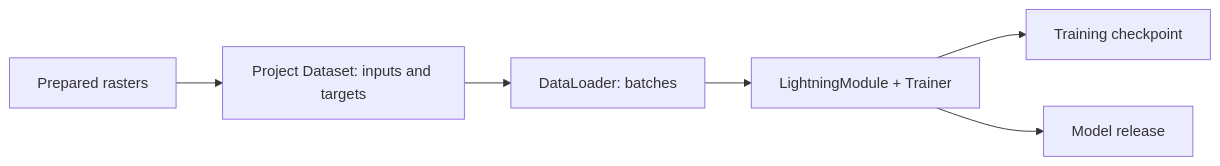
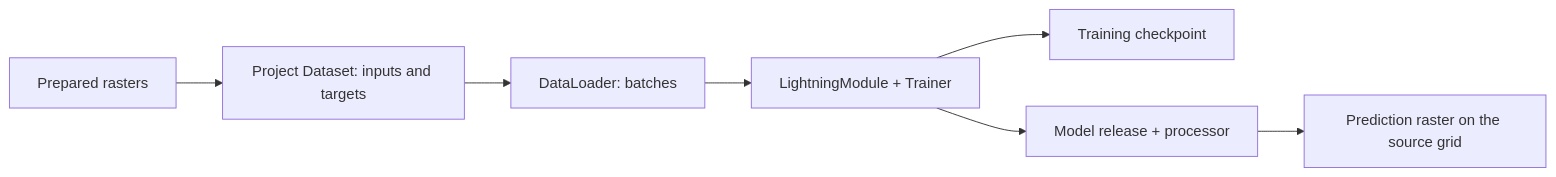
Before and after one commit to weedkat/geosave: the diagram in docs/concepts/data-flow.md, drawn with Mermaid. The commit also changed other lines of this file and 389 other files, not shown here.

````diff
--- a/docs/concepts/data-flow.md
+++ b/docs/concepts/data-flow.md
@@ -57,8 +58,9 @@
 ```mermaid
 flowchart LR
     rasters[Prepared rasters] --> samples[Project Dataset: inputs and targets]
     samples --> batches[DataLoader: batches]
     batches --> training[LightningModule + Trainer]
     training --> checkpoint[Training checkpoint]
-    training --> release[Model release]
+    training --> release[Model release + processor]
+    release --> product[Prediction raster on the source grid]
 ```
````
